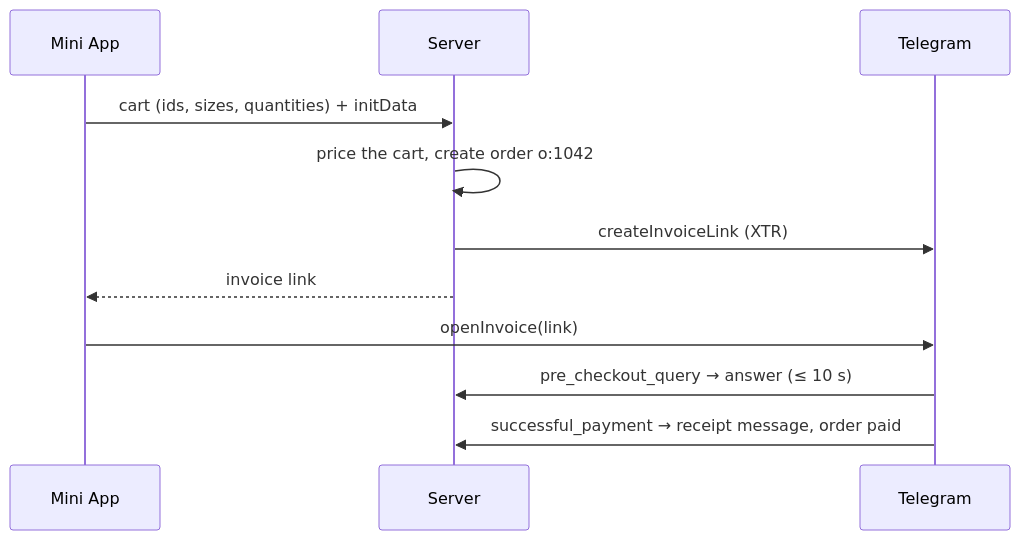
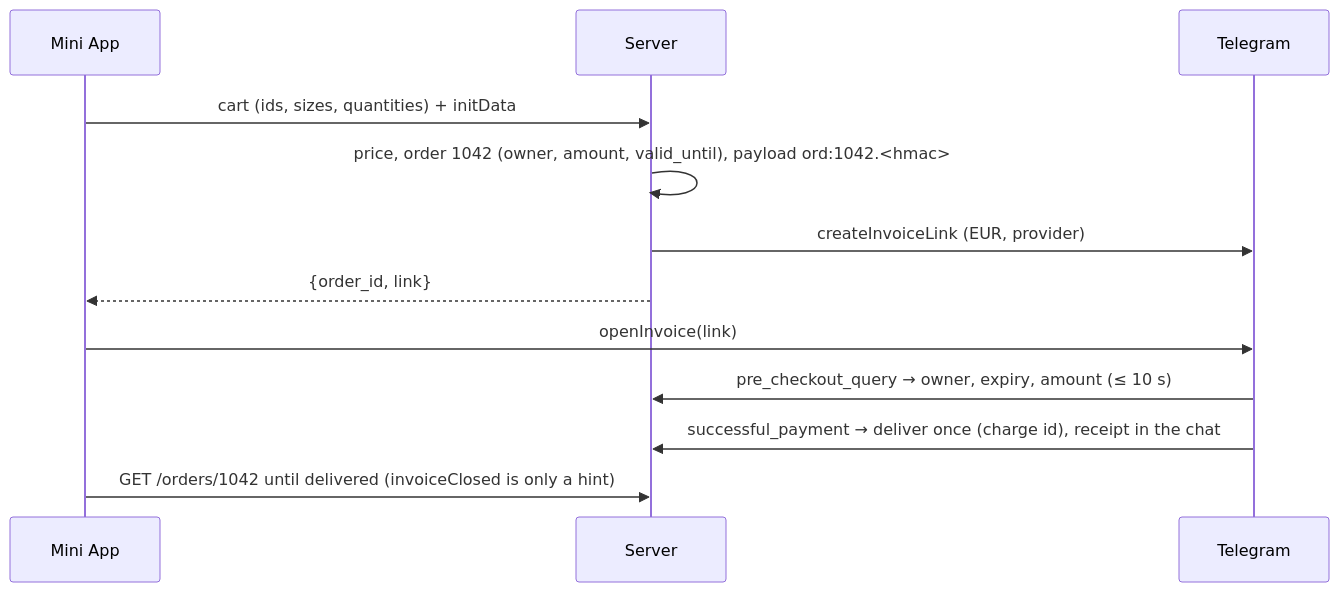
The diagram in skills/telegram-bot-ui/recipes/93-mini-app-shop.md (hlibsuslov/telegram-bot-ui), drawn with Mermaid before and after one commit. The commit also changed other lines of this file and 23 other files, not shown here.

````diff
--- a/skills/telegram-bot-ui/recipes/93-mini-app-shop.md
+++ b/skills/telegram-bot-ui/recipes/93-mini-app-shop.md
@@ -24,13 +28,14 @@
    ```mermaid
    sequenceDiagram
      participant A as Mini App
      participant S as Server
      participant T as Telegram
      A->>S: cart (ids, sizes, quantities) + initData
-     S->>S: price the cart, create order o:1042
-     S->>T: createInvoiceLink (XTR)
-     S-->>A: invoice link
+     S->>S: price, order 1042 (owner, amount, valid_until), payload ord:1042.<hmac>
+     S->>T: createInvoiceLink (EUR, provider)
+     S-->>A: {order_id, link}
      A->>T: openInvoice(link)
-     T->>S: pre_checkout_query → answer (≤ 10 s)
-     T->>S: successful_payment → receipt message, order paid
+     T->>S: pre_checkout_query → owner, expiry, amount (≤ 10 s)
+     T->>S: successful_payment → deliver once (charge id), receipt in the chat
+     A->>S: GET /orders/1042 until delivered (invoiceClosed is only a hint)
    ```
````
